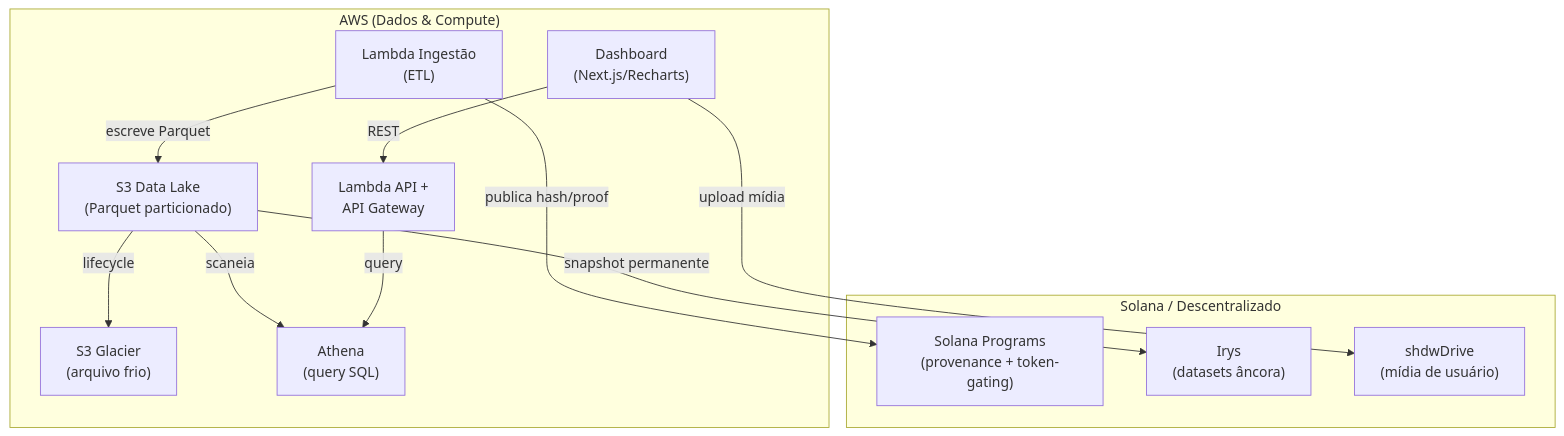
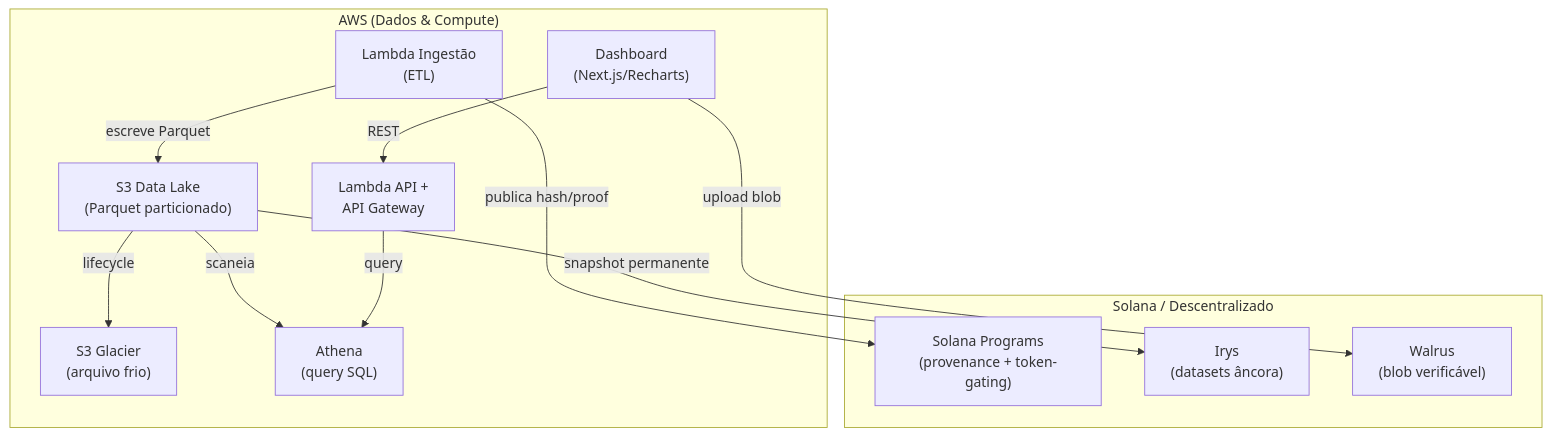
Before and after one commit to cesschneider/colosseum-hackathon: the diagram in docs/architecture/img/c4-level2-containers.mmd, drawn with Mermaid. The commit also changed 11 other files, not shown here.

Commit message:
docs(research): Substitui shdwDrive (abandonado) por Walrus + corrige custos e diagramas

```diff
--- a/docs/architecture/img/c4-level2-containers.mmd
+++ b/docs/architecture/img/c4-level2-containers.mmd
@@ -1,25 +1,25 @@
 flowchart TB
     subgraph AWS["AWS (Dados & Compute)"]
         S3["S3 Data Lake<br/>(Parquet particionado)"]
         Glacier["S3 Glacier<br/>(arquivo frio)"]
         Athena["Athena<br/>(query SQL)"]
         Ingest["Lambda Ingestão<br/>(ETL)"]
         API["Lambda API +<br/>API Gateway"]
         Frontend["Dashboard<br/>(Next.js/Recharts)"]
     end
 
     subgraph Web3["Solana / Descentralizado"]
         Chain["Solana Programs<br/>(provenance + token-gating)"]
         Irys["Irys<br/>(datasets âncora)"]
-        Shdw["shdwDrive<br/>(mídia de usuário)"]
+        Walrus["Walrus<br/>(blob verificável)"]
     end
 
     Ingest -->|"escreve Parquet"| S3
     S3 -->|"lifecycle"| Glacier
     S3 -->|"scaneia"| Athena
     API -->|"query"| Athena
     Frontend -->|"REST"| API
 
     Ingest -->|"publica hash/proof"| Chain
     S3 -->|"snapshot permanente"| Irys
-    Frontend -->|"upload mídia"| Shdw
+    Frontend -->|"upload blob"| Walrus
```
